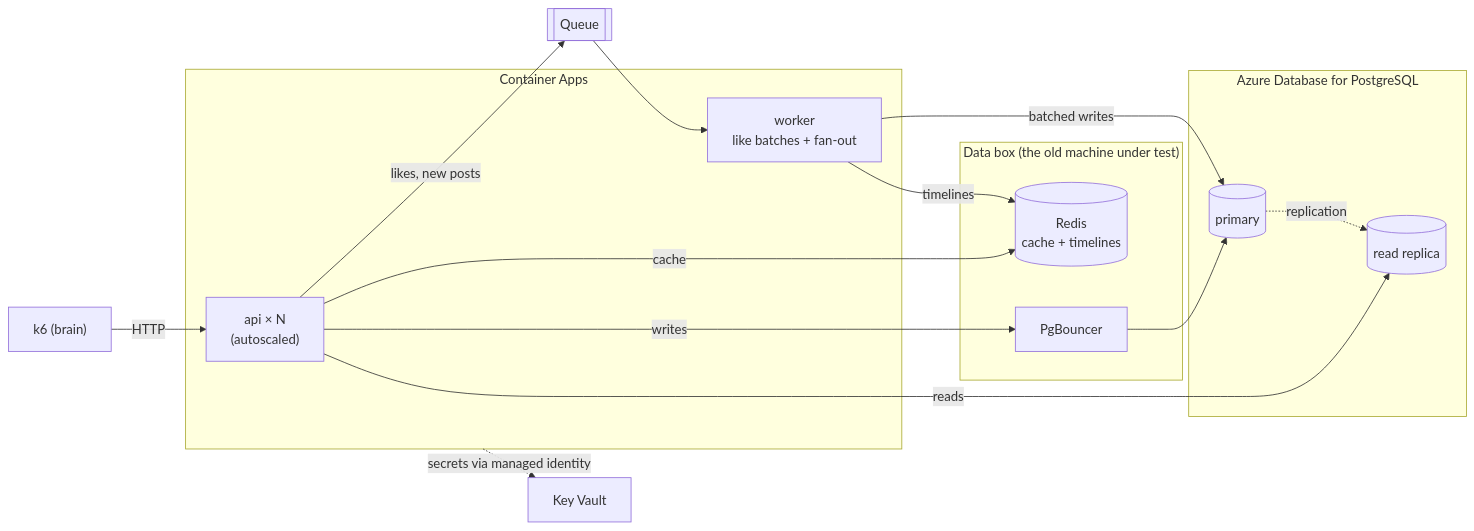
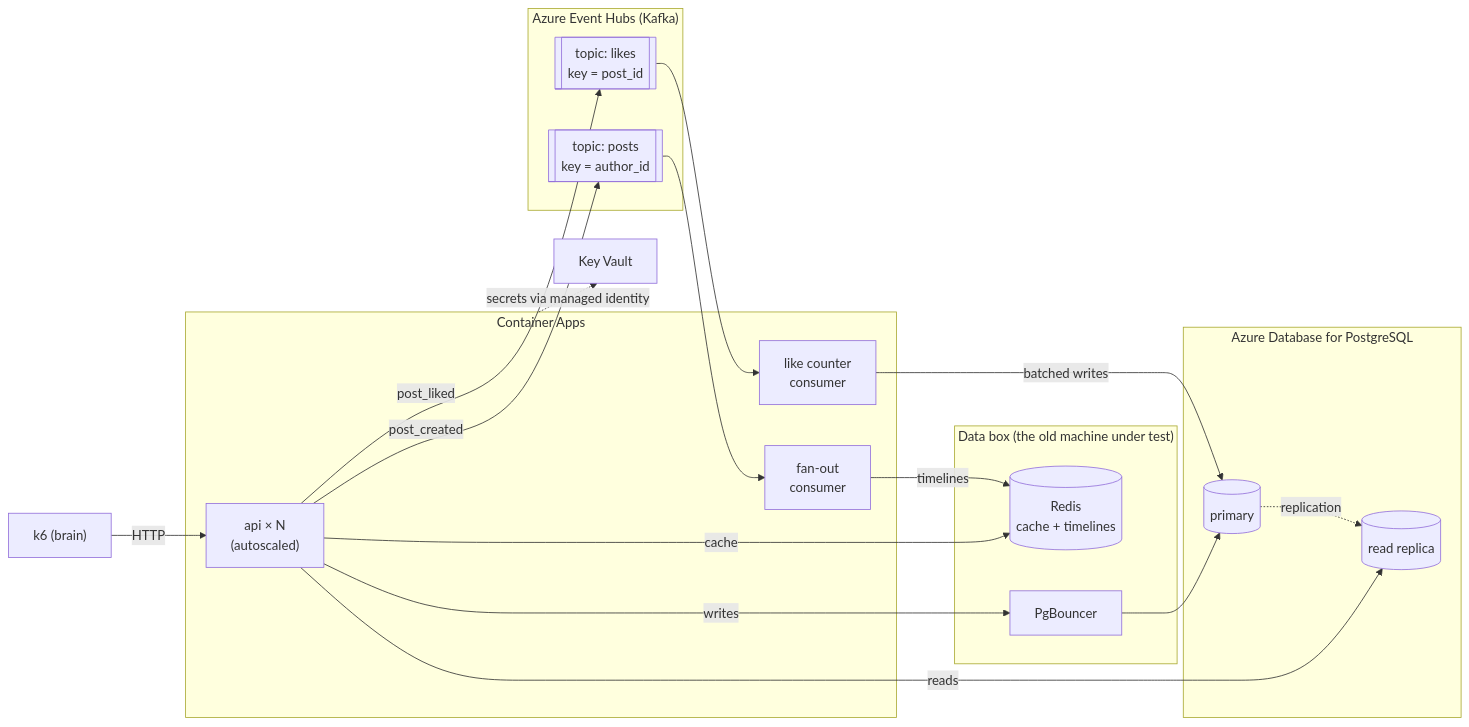
The third of 6 diagrams in docs/ARCHITECTURE.md (adssib/StressLab), drawn with Mermaid before and after one commit. The commit also changed other lines of this file and 4 other files, not shown here.

First line of the commit message:
docs: roadmap, kafka, overload, full observability, slos

````diff
--- a/docs/ARCHITECTURE.md
+++ b/docs/ARCHITECTURE.md
@@ -108,27 +115,32 @@
 ```mermaid
 flowchart LR
   K6["k6 (brain)"] -->|"HTTP"| API
   subgraph ACA["Container Apps"]
     API["api × N<br/>(autoscaled)"]
-    WK["worker<br/>like batches + fan-out"]
+    LC["like counter<br/>consumer"]
+    FO["fan-out<br/>consumer"]
   end
   subgraph DATA["Data box (the old machine under test)"]
     RD[("Redis<br/>cache + timelines")]
     PGB["PgBouncer"]
   end
-  Q[["Queue"]]
+  subgraph EH["Azure Event Hubs (Kafka)"]
+    TL[["topic: likes<br/>key = post_id"]]
+    TP[["topic: posts<br/>key = author_id"]]
+  end
   subgraph PGAZ["Azure Database for PostgreSQL"]
     PRI[("primary")]
     REP[("read replica")]
   end
   KV["Key Vault"]
 
   API -->|"cache"| RD
   API -->|"writes"| PGB --> PRI
   API -->|"reads"| REP
-  API -->|"likes, new posts"| Q --> WK
-  WK -->|"batched writes"| PRI
-  WK -->|"timelines"| RD
+  API -->|"post_liked"| TL --> LC
+  API -->|"post_created"| TP --> FO
+  LC -->|"batched writes"| PRI
+  FO -->|"timelines"| RD
   PRI -.->|"replication"| REP
   ACA -.->|"secrets via managed identity"| KV
 ```
````
